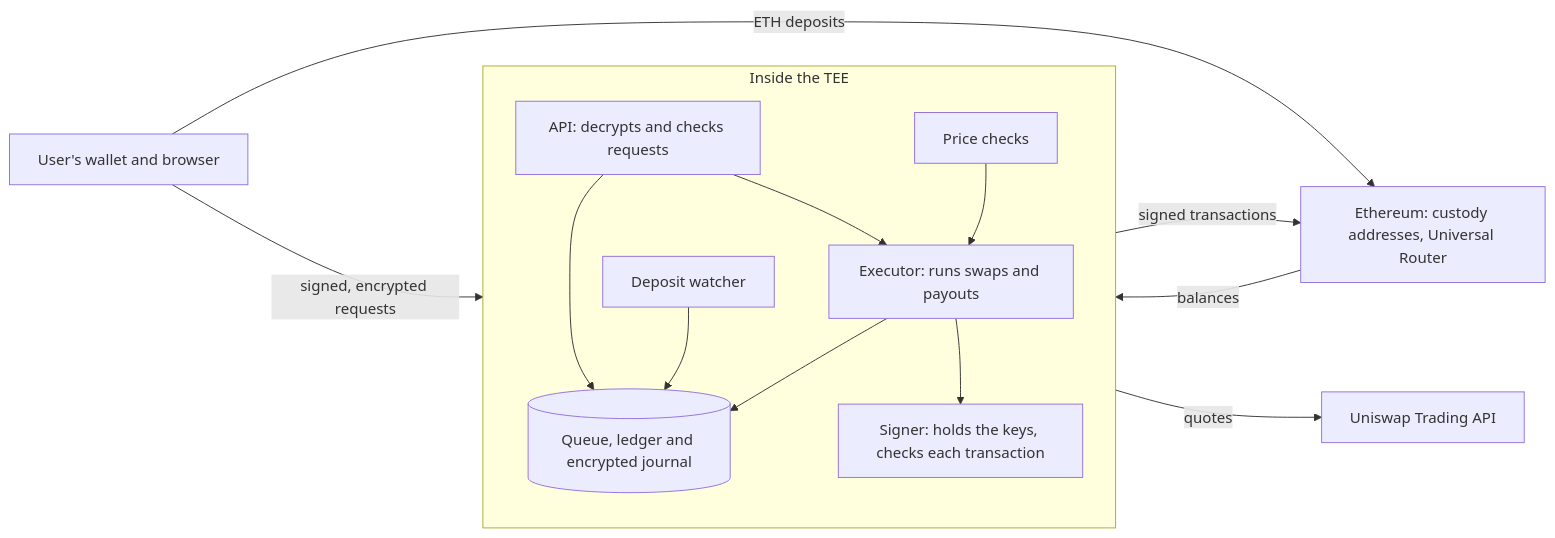
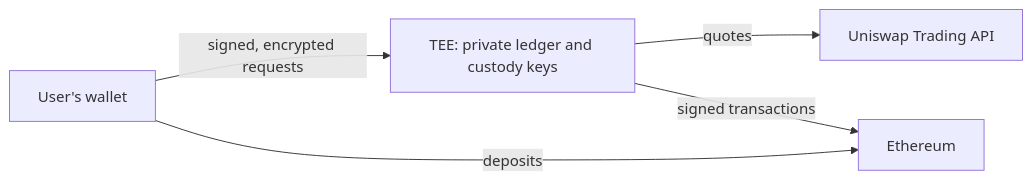
The second of 2 diagrams in README.md (Apurvborhade/Cloakroom), drawn with Mermaid before and after one commit. The commit also changed other lines of this file, not shown here.

````diff
--- a/README.md
+++ b/README.md
@@ -50,30 +49,12 @@
 ```mermaid
 flowchart LR
-  user["User's wallet and browser"]
-
-  subgraph tee["Inside the TEE"]
-    direction TB
-    api["API: decrypts and checks requests"]
-    watcher["Deposit watcher"]
-    poller["Price checks"]
-    executor["Executor: runs swaps and payouts"]
-    signer["Signer: holds the keys, checks each transaction"]
-    state[("Queue, ledger and encrypted journal")]
-
-    api --> state
-    watcher --> state
-    api --> executor
-    poller --> executor
-    executor --> state
-    executor --> signer
-  end
-
+  user["User's wallet"]
+  tee["TEE: private ledger and custody keys"]
   uniswap["Uniswap Trading API"]
-  chain["Ethereum: custody addresses, Universal Router"]
+  chain["Ethereum"]
 
   user -- "signed, encrypted requests" --> tee
-  user -- "ETH deposits" --> chain
+  user -- "deposits" --> chain
   tee -- "quotes" --> uniswap
   tee -- "signed transactions" --> chain
-  chain -- "balances" --> tee
 ```
````
